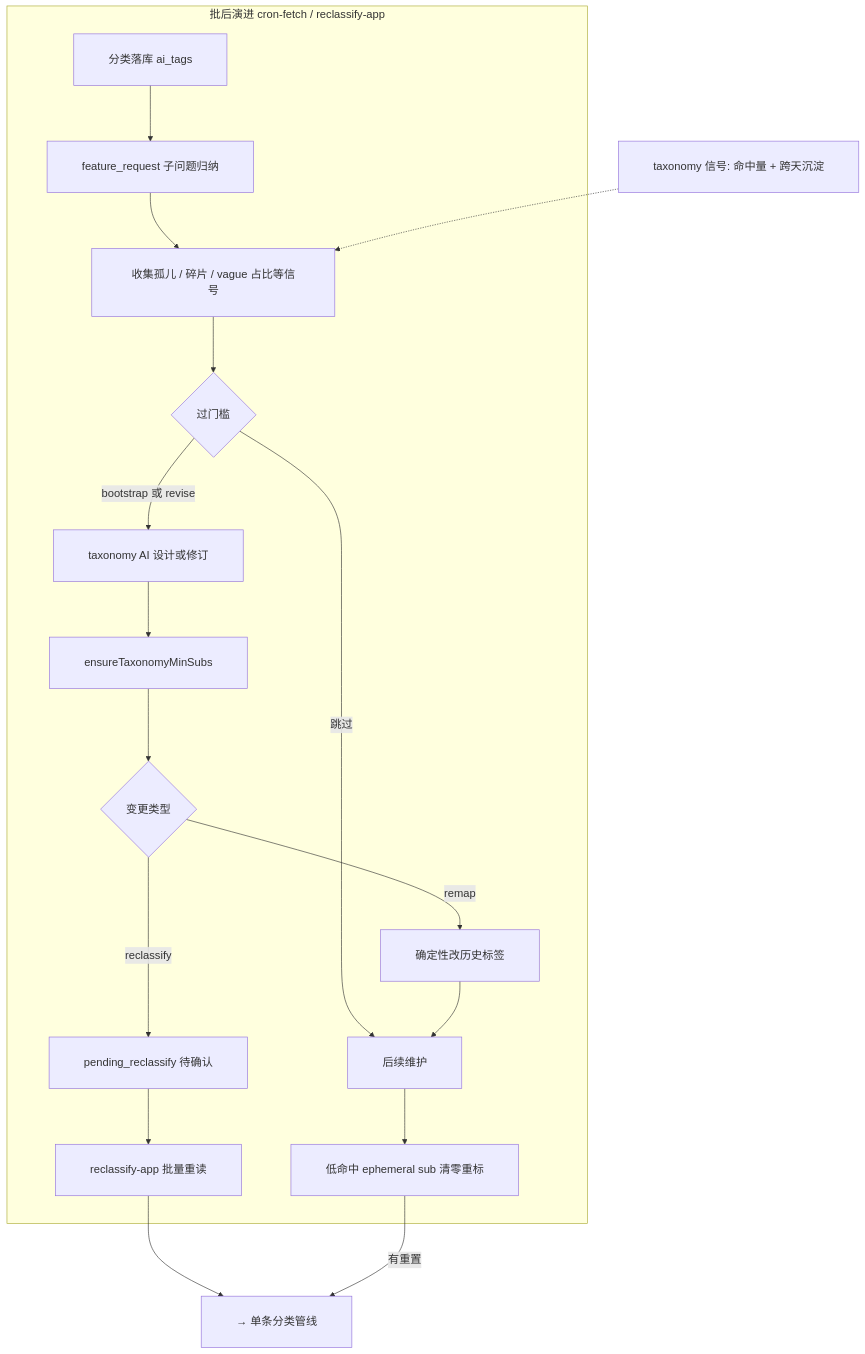
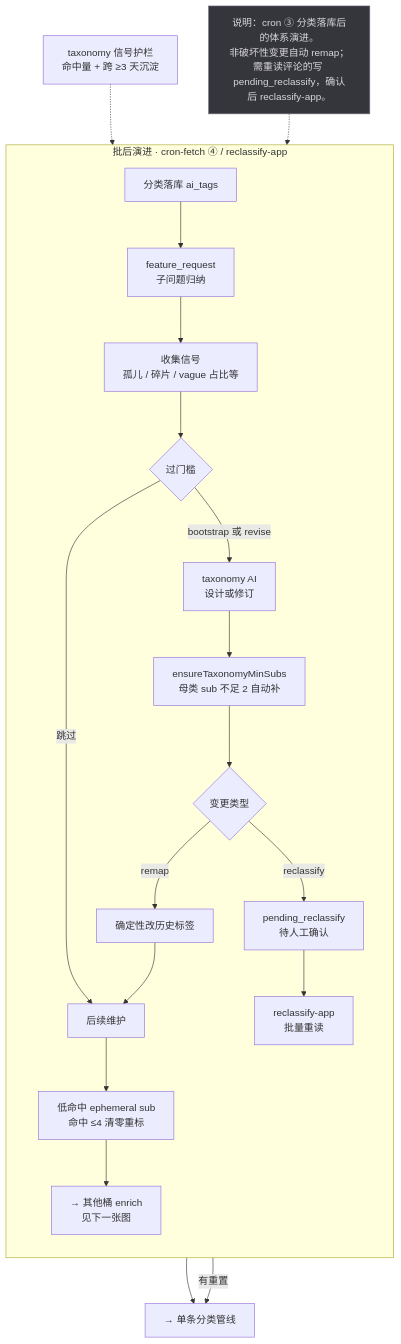
One commit to somar111/hushengradar changed the diagram in docs/diagrams/classification-evolution.mmd. Above: the diagram before and after it, drawn with Mermaid. The commit also changed 14 other files, not shown here.

First line of the commit message:
Update README diagrams to match the cron workflow and improve readability.

```diff
--- a/docs/diagrams/classification-evolution.mmd
+++ b/docs/diagrams/classification-evolution.mmd
@@ -1,22 +1,33 @@
-%%{init: {"themeVariables": {"fontSize": "18px"}, "flowchart": {"nodeSpacing": 80, "rankSpacing": 90, "padding": 28, "wrappingWidth": 280}}}%%
 flowchart TB
+  classDef note fill:#35353c,stroke:#707080,stroke-width:1px,color:#d8d8dc
+
+  NOTE_EVO["说明：cron ③ 分类落库后的体系演进。<br/>非破坏性变更自动 remap；需重读评论的写 pending_reclassify，确认后 reclassify-app。"]
+  class NOTE_EVO note
+
   SAVE[分类落库 ai_tags]
 
-  subgraph evo [批后演进 cron-fetch / reclassify-app]
-    SAVE --> FR[feature_request 子问题归纳]
-    FR --> SIGS[收集孤儿 / 碎片 / vague 占比等信号]
+  subgraph evo [批后演进 · cron-fetch ④ / reclassify-app]
+    direction TB
+    SAVE --> FR
+    FR[feature_request<br/>子问题归纳]
+    FR --> SIGS
+    SIGS["收集信号<br/>孤儿 / 碎片 / vague 占比等"]
     SIGS --> TD{过门槛}
-    TD -->|bootstrap 或 revise| TAI[taxonomy AI 设计或修订]
+    TD -->|bootstrap 或 revise| TAI[taxonomy AI<br/>设计或修订]
     TD -->|跳过| POST[后续维护]
-    TAI --> MIN[ensureTaxonomyMinSubs]
+    TAI --> MIN[ensureTaxonomyMinSubs<br/>母类 sub 不足 2 自动补]
     MIN --> CHG{变更类型}
     CHG -->|remap| REMAP[确定性改历史标签]
-    CHG -->|reclassify| PEND[pending_reclassify 待确认]
-    PEND --> RERUN[reclassify-app 批量重读]
+    CHG -->|reclassify| PEND[pending_reclassify<br/>待人工确认]
+    PEND --> RERUN[reclassify-app<br/>批量重读]
     REMAP --> POST
-    POST --> N4["低命中 ephemeral sub 清零重标"]
+    POST --> N4
+    N4["低命中 ephemeral sub<br/>命中 ≤4 清零重标"]
+    N4 --> GEN["→ 其他桶 enrich<br/>见下一张图"]
   end
 
-  N3["taxonomy 信号: 命中量 + 跨天沉淀"] -.-> SIGS
+  N3["taxonomy 信号护栏<br/>命中量 + 跨 ≥3 天沉淀"] -.-> SIGS
   RERUN --> PIPE["→ 单条分类管线"]
   N4 -->|有重置| PIPE
+
+  NOTE_EVO -.-> evo
```
